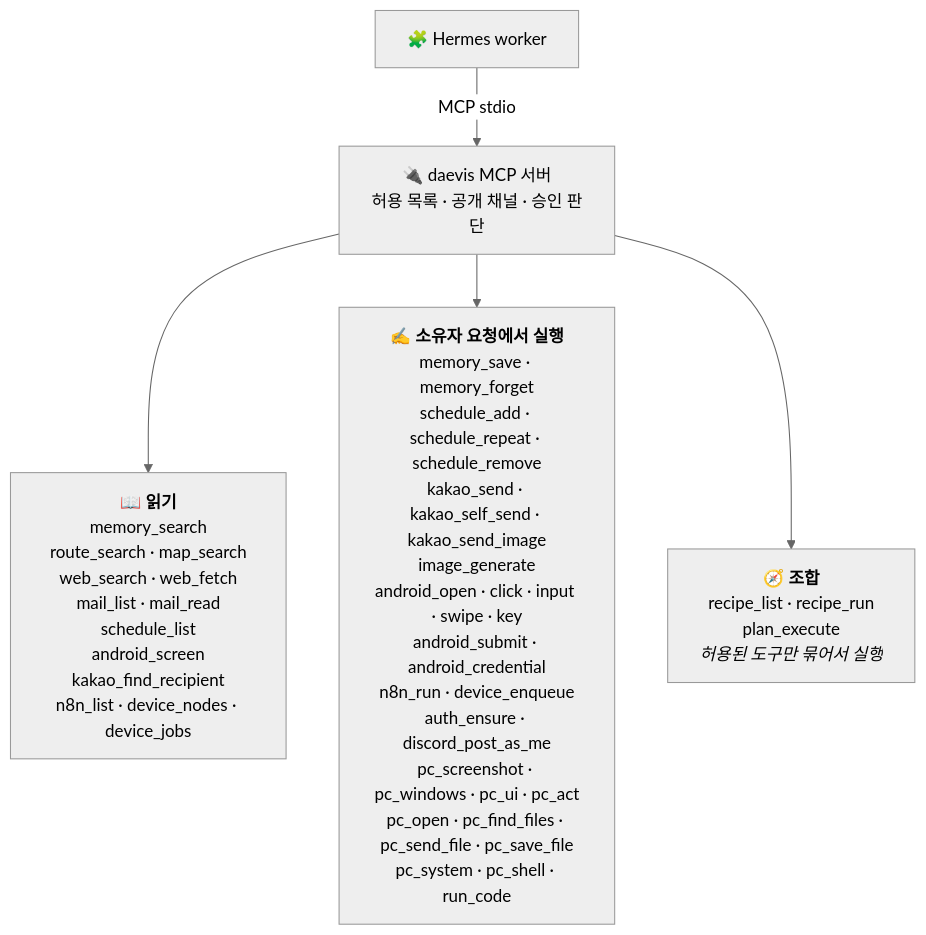
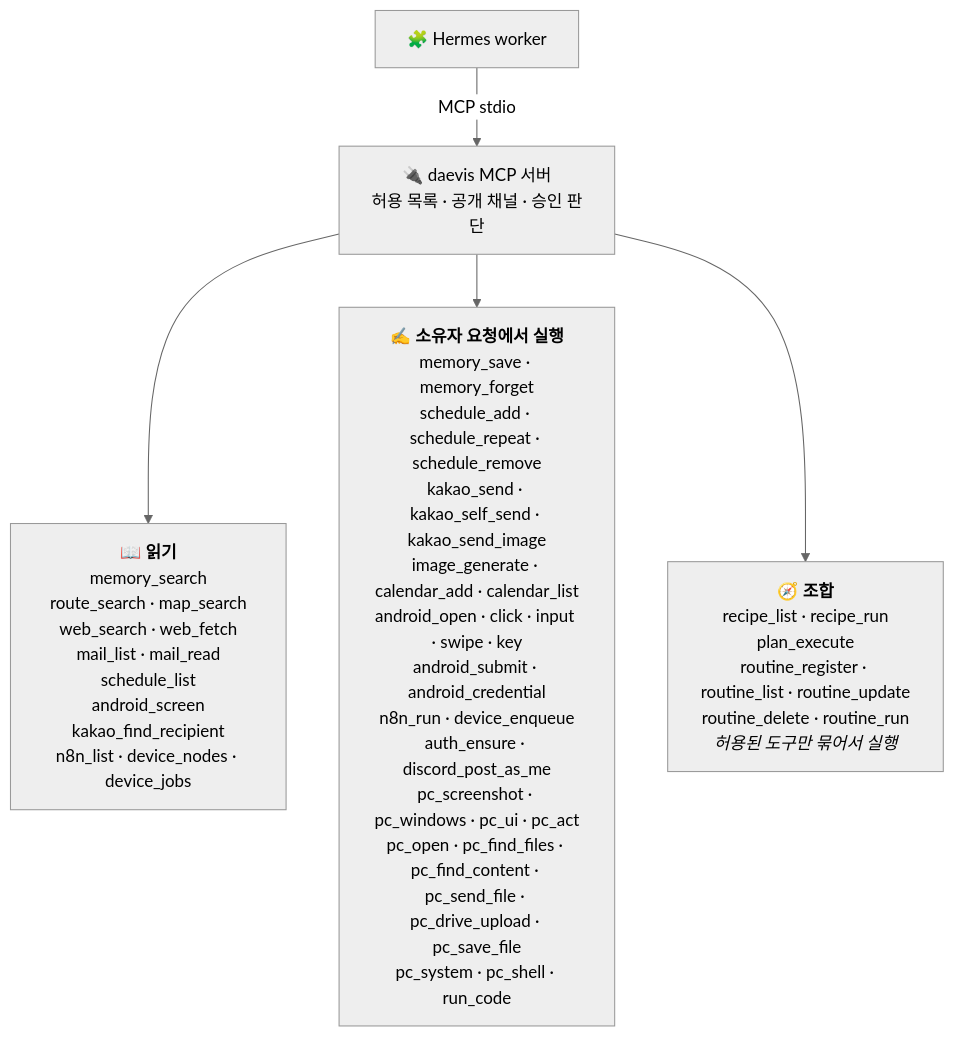
Before and after one commit to beans3142/personal-agent: the second of 2 diagrams in README.md, drawn with Mermaid (neutral theme). The commit also changed other lines of this file and 8 other files, not shown here.

First line of the commit message:
feat: Google Calendar and Drive through the owner's Apps Script

````diff
--- a/README.md
+++ b/README.md
@@ -98,7 +106,7 @@
 ```mermaid
 flowchart TD
     hermes["🧩 Hermes worker"] -- "MCP stdio" --> mcp["🔌 daevis MCP 서버<br/>허용 목록 · 공개 채널 · 승인 판단"]
     mcp --> r["📖 <b>읽기</b><br/>memory_search<br/>route_search · map_search<br/>web_search · web_fetch<br/>mail_list · mail_read<br/>schedule_list<br/>android_screen<br/>kakao_find_recipient<br/>n8n_list · device_nodes · device_jobs"]
-    mcp --> w["✍️ <b>소유자 요청에서 실행</b><br/>memory_save · memory_forget<br/>schedule_add · schedule_repeat · schedule_remove<br/>kakao_send · kakao_self_send · kakao_send_image<br/>image_generate<br/>android_open · click · input · swipe · key<br/>android_submit · android_credential<br/>n8n_run · device_enqueue<br/>auth_ensure · discord_post_as_me<br/>pc_screenshot · pc_windows · pc_ui · pc_act<br/>pc_open · pc_find_files · pc_send_file · pc_save_file<br/>pc_system · pc_shell · run_code"]
-    mcp --> c["🧭 <b>조합</b><br/>recipe_list · recipe_run<br/>plan_execute<br/><i>허용된 도구만 묶어서 실행</i>"]
+    mcp --> w["✍️ <b>소유자 요청에서 실행</b><br/>memory_save · memory_forget<br/>schedule_add · schedule_repeat · schedule_remove<br/>kakao_send · kakao_self_send · kakao_send_image<br/>image_generate · calendar_add · calendar_list<br/>android_open · click · input · swipe · key<br/>android_submit · android_credential<br/>n8n_run · device_enqueue<br/>auth_ensure · discord_post_as_me<br/>pc_screenshot · pc_windows · pc_ui · pc_act<br/>pc_open · pc_find_files · pc_find_content · pc_send_file · pc_drive_upload · pc_save_file<br/>pc_system · pc_shell · run_code"]
+    mcp --> c["🧭 <b>조합</b><br/>recipe_list · recipe_run<br/>plan_execute<br/>routine_register · routine_list · routine_update<br/>routine_delete · routine_run<br/><i>허용된 도구만 묶어서 실행</i>"]
 ```
````
